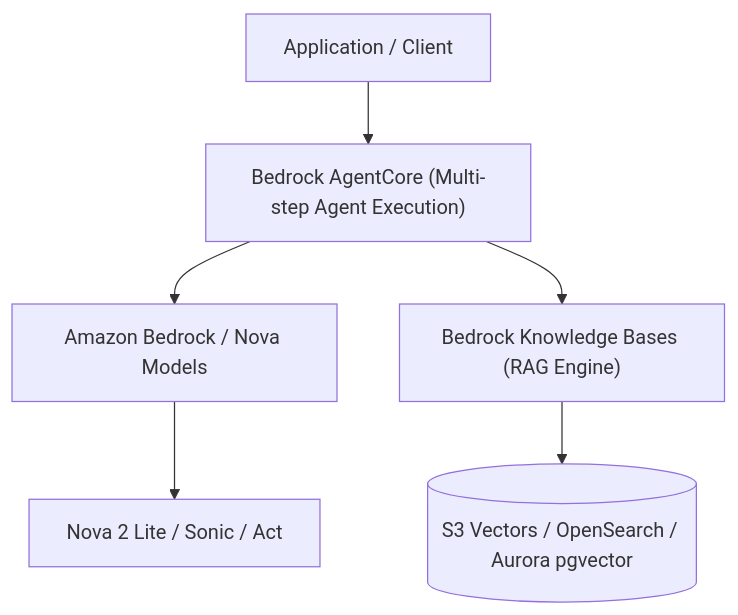
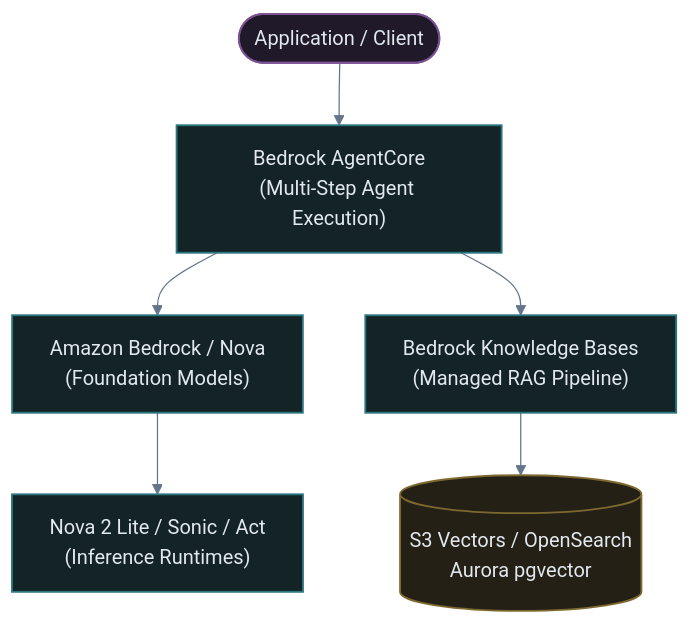
The fifth of 5 diagrams in 03-aws-services/services.md (heinhtetzan/k8s-in-production), drawn with Mermaid before and after one commit. The commit also changed other lines of this file and 4 other files, not shown here.

Commit message:
docs: add dark mode themes and styles to mermaid diagrams in aws architecture docs

````diff
--- a/03-aws-services/services.md
+++ b/03-aws-services/services.md
@@ -243,8 +362,31 @@
 ```mermaid
-flowchart TD
-    UserApp["Application / Client"] --> Agent["Bedrock AgentCore (Multi-step Agent Execution)"]
-    Agent --> Model["Amazon Bedrock / Nova Models"]
-    Agent --> KB["Bedrock Knowledge Bases (RAG Engine)"]
-    KB --> VectorStore[("S3 Vectors / OpenSearch / Aurora pgvector")]
-    Model --> Inference["Nova 2 Lite / Sonic / Act"]
+%%{init: {
+  'theme': 'base',
+  'themeVariables': {
+    'darkMode': true,
+    'background': '#0f172a',
+    'primaryColor': '#1e293b',
+    'primaryTextColor': '#e2e8f0',
+    'primaryBorderColor': '#475569',
+    'lineColor': '#64748b',
+    'textColor': '#e2e8f0',
+    'edgeLabelBackground': '#0f172a'
+  },
+  'themeCSS': '* { filter: none !important; box-shadow: none !important; } .node * { filter: none !important; } .cluster * { filter: none !important; }'
+}}%%
+graph TD
+    UserApp(["Application / Client"]) --> Agent["Bedrock AgentCore<br/>(Multi-Step Agent Execution)"]
+    Agent --> Model["Amazon Bedrock / Nova<br/>(Foundation Models)"]
+    Agent --> KB["Bedrock Knowledge Bases<br/>(Managed RAG Pipeline)"]
+    KB --> VectorStore[("S3 Vectors / OpenSearch<br/>Aurora pgvector")]
+    Model --> Inference["Nova 2 Lite / Sonic / Act<br/>(Inference Runtimes)"]
+
+    %% Component Classes
+    classDef cClient fill:#1f1929,stroke:#7c5295,stroke-width:1.5px,color:#e2e8f0;
+    classDef cAI fill:#142426,stroke:#2b757e,stroke-width:1.5px,color:#e2e8f0;
+    classDef cStorage fill:#242015,stroke:#7d6830,stroke-width:1.5px,color:#e2e8f0;
+
+    class UserApp cClient;
+    class Agent,Model,KB,Inference cAI;
+    class VectorStore cStorage;
 ```
````
